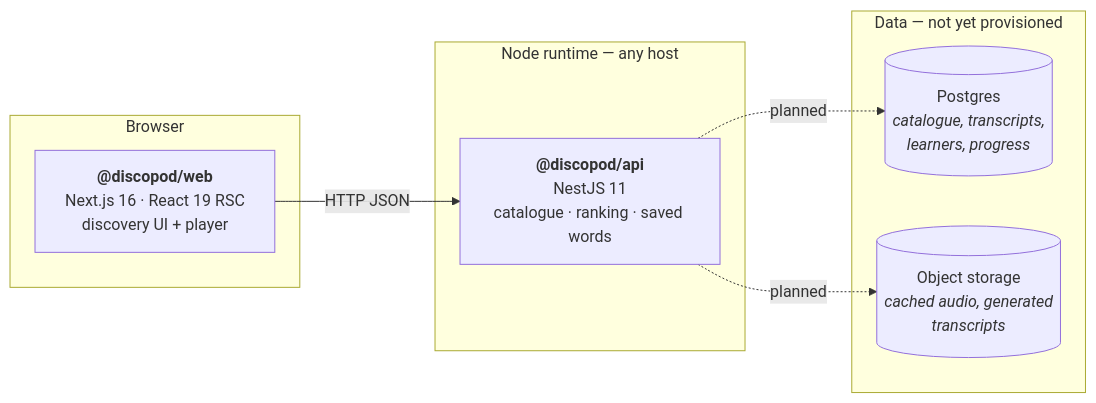
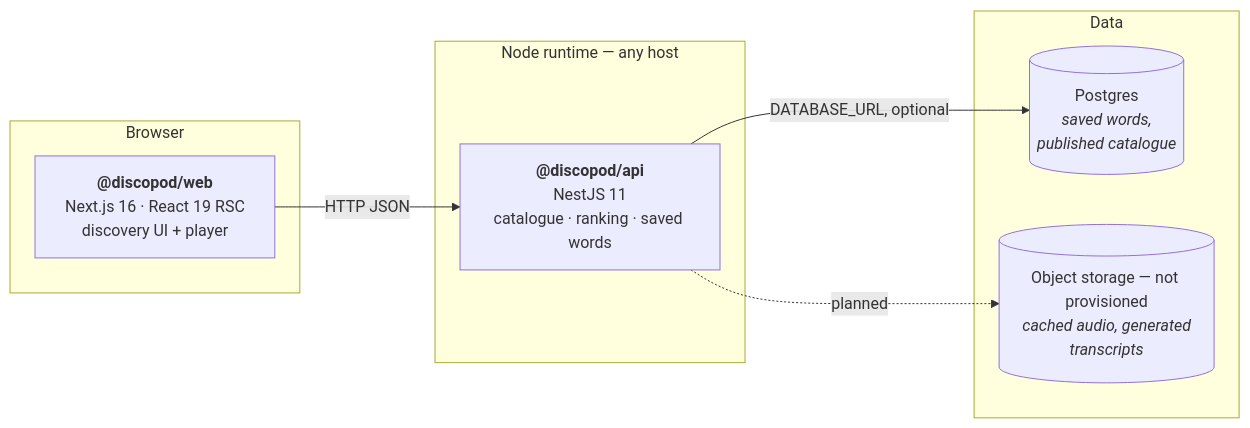
Before and after one commit to williamlabdev/discopod: the second of 2 diagrams in docs/ARCHITECTURE.md, drawn with Mermaid. The commit also changed other lines of this file and 27 other files, not shown here.

````diff
--- a/docs/ARCHITECTURE.md
+++ b/docs/ARCHITECTURE.md
@@ -35,19 +35,19 @@
 ```mermaid
 graph LR
   subgraph client["Browser"]
     web["<b>@discopod/web</b><br/>Next.js 16 · React 19 RSC<br/>discovery UI + player"]
   end
 
   subgraph server["Node runtime — any host"]
     api["<b>@discopod/api</b><br/>NestJS 11<br/>catalogue · ranking · saved words"]
   end
 
-  subgraph data["Data — not yet provisioned"]
-    db[("Postgres<br/><i>catalogue, transcripts,<br/>learners, progress</i>")]
-    obj[("Object storage<br/><i>cached audio, generated<br/>transcripts</i>")]
+  subgraph data["Data"]
+    db[("Postgres<br/><i>saved words,<br/>published catalogue</i>")]
+    obj[("Object storage — not provisioned<br/><i>cached audio, generated<br/>transcripts</i>")]
   end
 
   web -->|HTTP JSON| api
-  api -.->|planned| db
+  api -->|DATABASE_URL, optional| db
   api -.->|planned| obj
 ```
````
